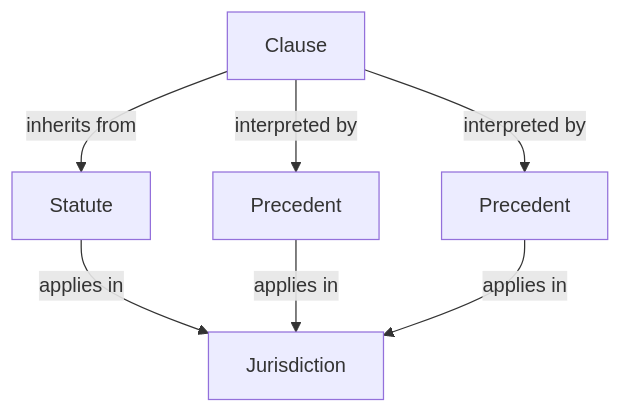
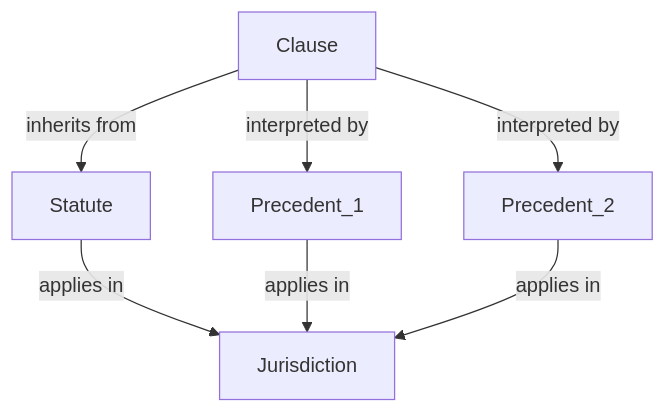
One commit to ConicuConsulting/SlappGraphs changed the first of 3 diagrams in tmp.md. Above: the diagram before and after it, drawn with Mermaid. The commit also changed other lines of this file, not shown here.

````diff
--- a/tmp.md
+++ b/tmp.md
@@ -17,9 +13,9 @@
 ```mermaid
 graph TD
-    Clause["Clause"] -->|inherits from| Statute
-    Clause -->|interpreted by| Precedent_1["Precedent"]
-    Clause -->|interpreted by| Precedent_2["Precedent"]
+    Clause -->|inherits from| Statute
+    Clause -->|interpreted by| Precedent_1
+    Clause -->|interpreted by| Precedent_2
     Statute -->|applies in| Jurisdiction
     Precedent_1 -->|applies in| Jurisdiction
     Precedent_2 -->|applies in| Jurisdiction
 ```
````
